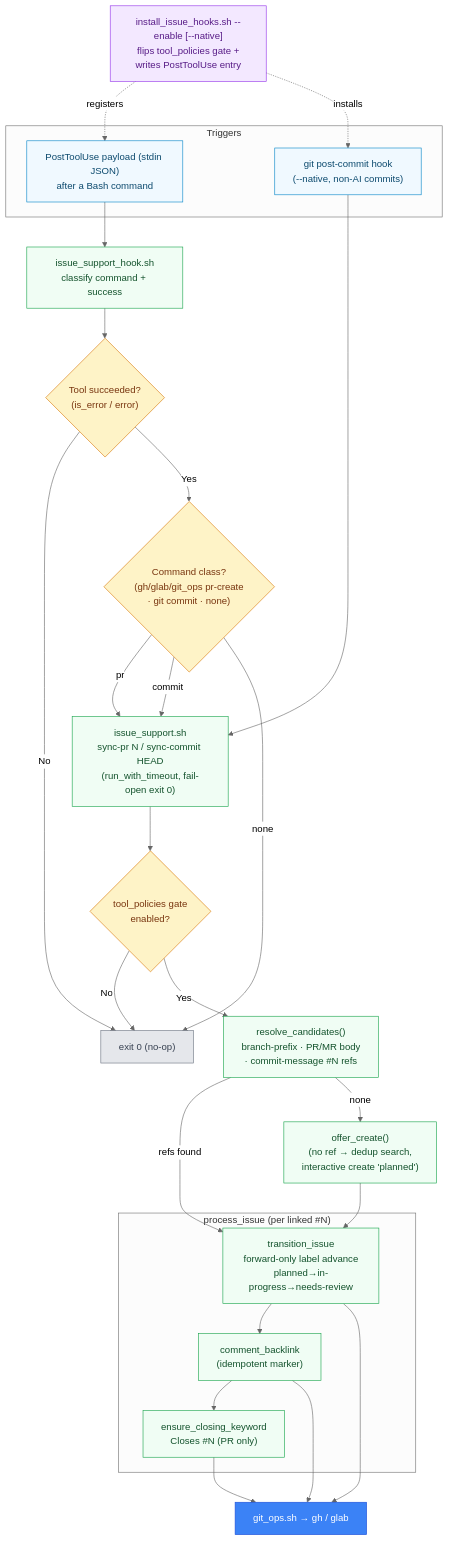
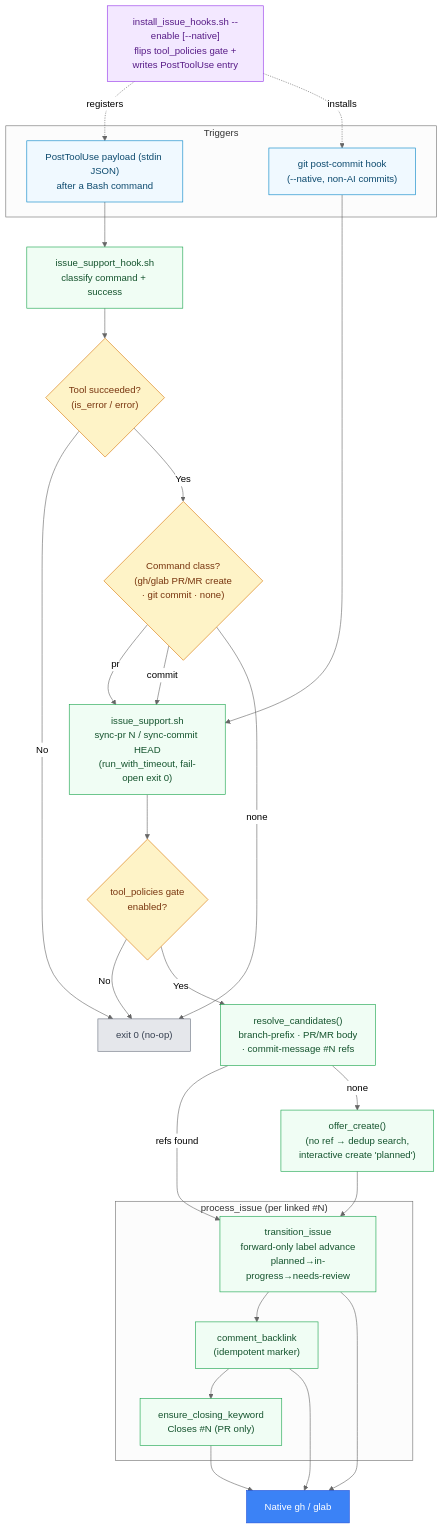
One commit to RB-chrismandich/Manifest changed the second of 3 diagrams in docs/diagrams/issues.md. Above: the diagram before and after it, drawn with Mermaid. The commit also changed other lines of this file and 158 other files, not shown here.

````diff
--- a/docs/diagrams/issues.md
+++ b/docs/diagrams/issues.md
@@ -87,57 +87,57 @@
 ```mermaid
 %%{init: {'theme':'neutral'}}%%
 flowchart TB
     classDef input fill:#f0f9ff,stroke:#0284c7,color:#0c4a6e
     classDef process fill:#f0fdf4,stroke:#16a34a,color:#14532d
     classDef decision fill:#fef3c7,stroke:#d97706,color:#78350f
     classDef config fill:#f3e8ff,stroke:#9333ea,color:#581c87
     classDef platform fill:#3b82f6,stroke:#1d4ed8,color:#fff
     classDef skip fill:#e5e7eb,stroke:#6b7280,color:#374151
 
     INSTALL["install_issue_hooks.sh --enable [--native]<br/>flips tool_policies gate +<br/>writes PostToolUse entry"]:::config
 
     subgraph "Triggers"
         TOOLUSE["PostToolUse payload (stdin JSON)<br/>after a Bash command"]:::input
         NATIVE["git post-commit hook<br/>(--native, non-AI commits)"]:::input
     end
 
     HOOK["issue_support_hook.sh<br/>classify command + success"]:::process
-    CLASS{"Command class?<br/>(gh/glab/git_ops pr-create<br/>· git commit · none)"}:::decision
+    CLASS{"Command class?<br/>(gh/glab PR/MR create<br/>· git commit · none)"}:::decision
     OK{"Tool succeeded?<br/>(is_error / error)"}:::decision
 
     ENGINE["issue_support.sh<br/>sync-pr N / sync-commit HEAD<br/>(run_with_timeout, fail-open exit 0)"]:::process
     GATE{"tool_policies gate<br/>enabled?"}:::decision
 
     RESOLVE["resolve_candidates()<br/>branch-prefix · PR/MR body<br/>· commit-message #N refs"]:::process
     OFFER["offer_create()<br/>(no ref → dedup search,<br/>interactive create 'planned')"]:::process
 
     subgraph "process_issue (per linked #N)"
         TRANSITION["transition_issue<br/>forward-only label advance<br/>planned→in-progress→needs-review"]:::process
         BACKLINK["comment_backlink<br/>(idempotent marker)"]:::process
         CLOSEKW["ensure_closing_keyword<br/>Closes #N (PR only)"]:::process
     end
 
-    GIT_OPS["git_ops.sh → gh / glab"]:::platform
+    NATIVE_CLI["Native gh / glab"]:::platform
     NOOP["exit 0 (no-op)"]:::skip
 
     INSTALL -.->|registers| TOOLUSE
     INSTALL -.->|installs| NATIVE
     TOOLUSE --> HOOK
     NATIVE --> ENGINE
     HOOK --> OK
     OK -->|No| NOOP
     OK -->|Yes| CLASS
     CLASS -->|pr| ENGINE
     CLASS -->|commit| ENGINE
     CLASS -->|none| NOOP
     ENGINE --> GATE
     GATE -->|No| NOOP
     GATE -->|Yes| RESOLVE
     RESOLVE -->|refs found| TRANSITION
     RESOLVE -->|none| OFFER
     OFFER --> TRANSITION
     TRANSITION --> BACKLINK --> CLOSEKW
-    TRANSITION --> GIT_OPS
-    BACKLINK --> GIT_OPS
-    CLOSEKW --> GIT_OPS
+    TRANSITION --> NATIVE_CLI
+    BACKLINK --> NATIVE_CLI
+    CLOSEKW --> NATIVE_CLI
 ```
````
